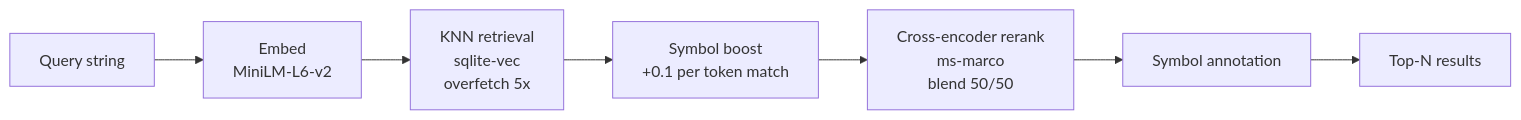
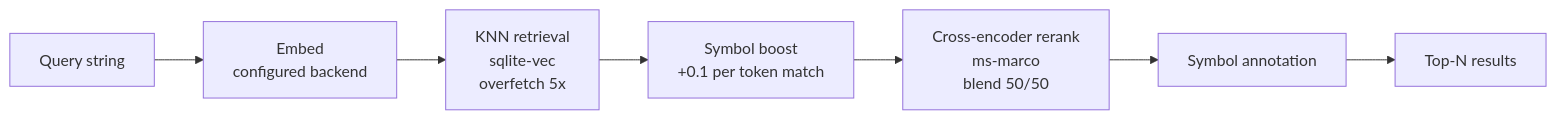
Before and after one commit to iliaal/codesage: the second of 3 diagrams in README.md, drawn with Mermaid. The commit also changed other lines of this file and 11 other files, not shown here.

````diff
--- a/README.md
+++ b/README.md
@@ -203,9 +203,9 @@
 ```mermaid
 flowchart LR
-    Q[Query string] --> E[Embed<br/>MiniLM-L6-v2]
+    Q[Query string] --> E[Embed<br/>configured backend]
     E --> K[KNN retrieval<br/>sqlite-vec<br/>overfetch 5x]
     K --> B[Symbol boost<br/>+0.1 per token match]
     B --> R[Cross-encoder rerank<br/>ms-marco<br/>blend 50/50]
     R --> A[Symbol annotation]
     A --> T[Top-N results]
 ```
````
